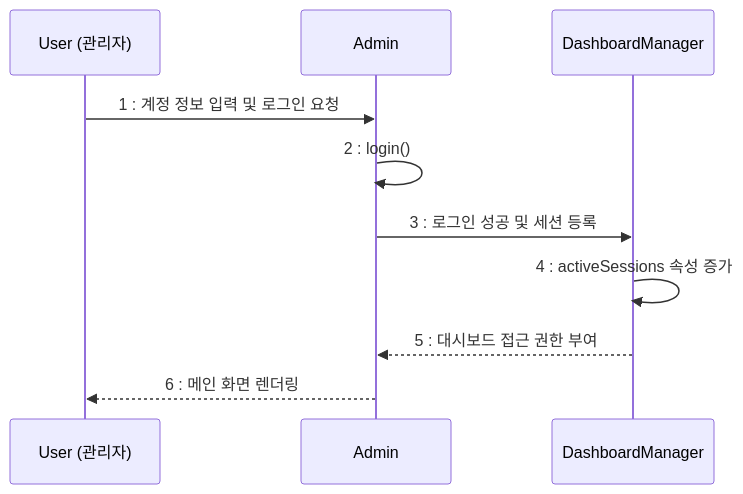
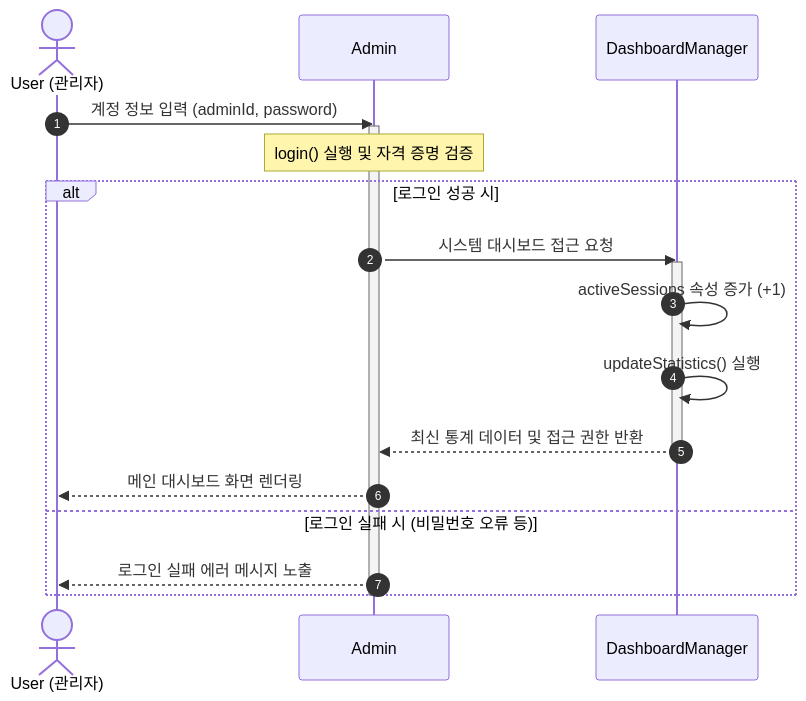
One commit to seokchaeyeon/2026_1_OSS changed the first of 12 diagrams in Design_[22411890_석채연].md. Above: the diagram before and after it, drawn with Mermaid. The commit also changed other lines of this file, not shown here.

````diff
--- a/Design_[22411890_석채연].md
+++ b/Design_[22411890_석채연].md
@@ -139,13 +137,24 @@
 ```mermaid
 sequenceDiagram
-    participant User as User (관리자)
+    autonumber
+    actor User as User (관리자)
     participant Admin as Admin
     participant Dashboard as DashboardManager
 
-    User->>Admin: 1 : 계정 정보 입력 및 로그인 요청
-    Admin->>Admin: 2 : login()
-    Admin->>Dashboard: 3 : 로그인 성공 및 세션 등록
-    Dashboard->>Dashboard: 4 : activeSessions 속성 증가
-    Dashboard-->>Admin: 5 : 대시보드 접근 권한 부여
-    Admin-->>User: 6 : 메인 화면 렌더링
+    User->>Admin: 계정 정보 입력 (adminId, password)
+    activate Admin
+    Note over Admin: login() 실행 및 자격 증명 검증
+    
+    alt 로그인 성공 시
+        Admin->>Dashboard: 시스템 대시보드 접근 요청
+        activate Dashboard
+        Dashboard->>Dashboard: activeSessions 속성 증가 (+1)
+        Dashboard->>Dashboard: updateStatistics() 실행
+        Dashboard-->>Admin: 최신 통계 데이터 및 접근 권한 반환
+        deactivate Dashboard
+        Admin-->>User: 메인 대시보드 화면 렌더링
+    else 로그인 실패 시 (비밀번호 오류 등)
+        Admin-->>User: 로그인 실패 에러 메시지 노출
+    end
+    deactivate Admin
 ```
````
